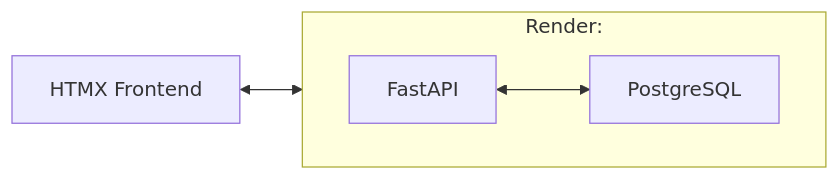
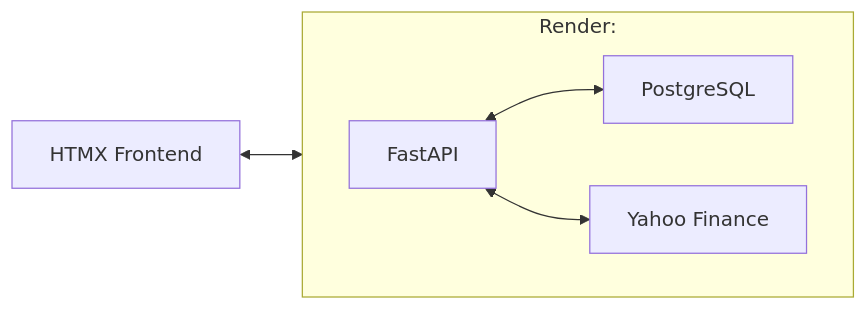
One commit to ricoslaststand/stock-backtesting-tool changed the diagram in README.md. Above: the diagram before and after it, drawn with Mermaid.

````diff
--- a/README.md
+++ b/README.md
@@ -23,9 +23,10 @@
 ```mermaid
 
 flowchart LR
     frontend[HTMX Frontend]<-->FastAPI
     subgraph Render:
         direction LR
         FastAPI<-->PostgreSQL
+        FastAPI<-->yahoo-finance[Yahoo Finance]
     end
 ```
````
